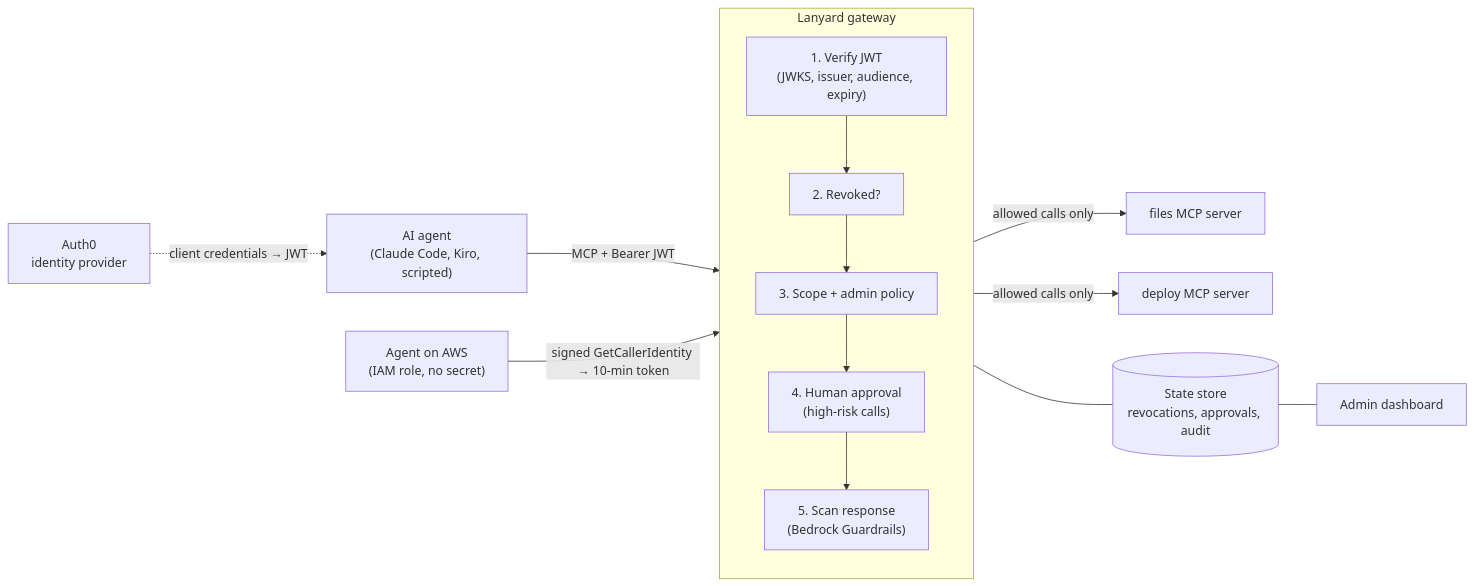
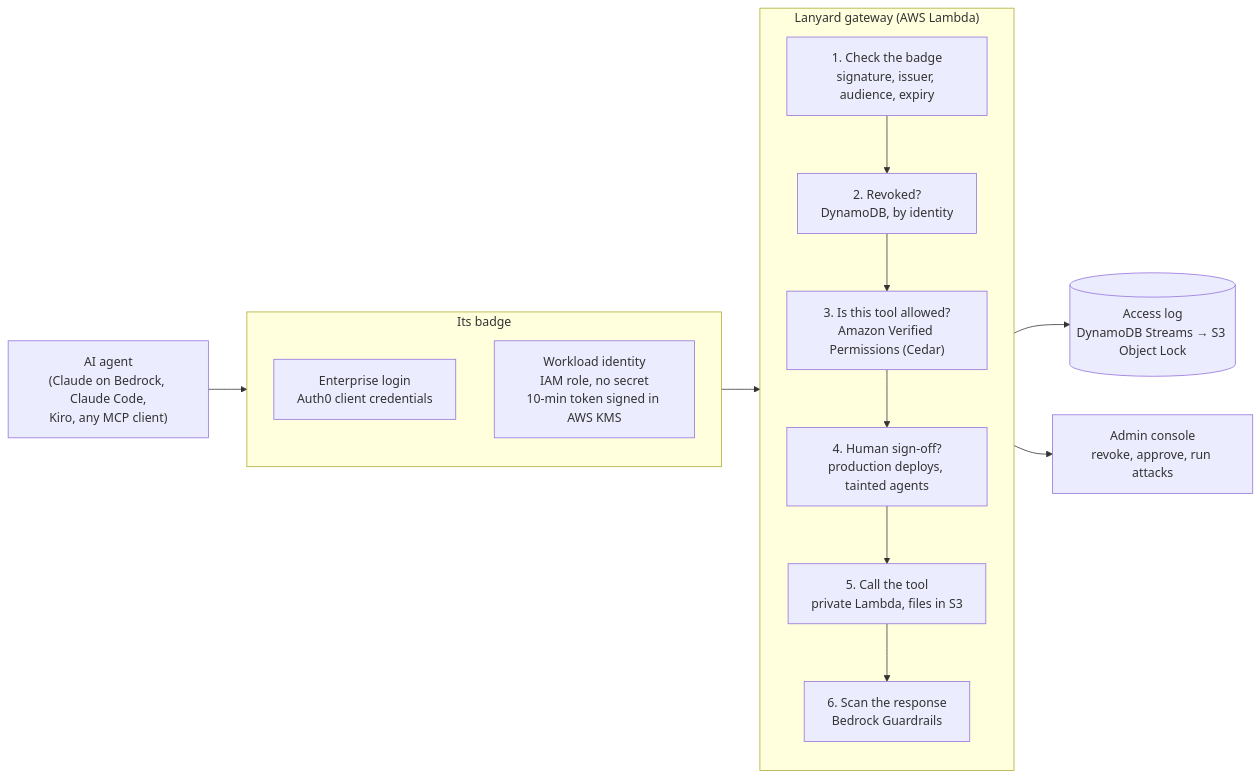
One commit to akrai37/Lanyard changed the first of 2 diagrams in README.md. Above: the diagram before and after it, drawn with Mermaid. The commit also changed other lines of this file and 6 other files, not shown here.

Commit message:
README: demo section, end-to-end flow, console screenshots, attack lab table, updated AWS diagram

````diff
--- a/README.md
+++ b/README.md
@@ -32,17 +39,20 @@
 ```mermaid
 flowchart LR
-    A["AI agent<br/>(Claude Code, Kiro, scripted)"] -- "MCP + Bearer JWT" --> G
-    I["Auth0<br/>identity provider"] -. "client credentials → JWT" .-> A
-    W["Agent on AWS<br/>(IAM role, no secret)"] -- "signed GetCallerIdentity → 10-min token" --> G
-    subgraph G["Lanyard gateway"]
+    A["AI agent<br/>(Claude on Bedrock, Claude Code,<br/>Kiro, any MCP client)"]
+    subgraph ID["Its badge"]
         direction TB
-        V["1. Verify JWT<br/>(JWKS, issuer, audience, expiry)"] --> R["2. Revoked?"]
-        R --> P["3. Scope + admin policy"]
-        P --> H["4. Human approval<br/>(high-risk calls)"]
-        H --> S["5. Scan response<br/>(Bedrock Guardrails)"]
+        I1["Enterprise login<br/>Auth0 client credentials"]
+        I2["Workload identity<br/>IAM role, no secret<br/>10-min token signed in AWS KMS"]
     end
-    G -- "allowed calls only" --> T1["files MCP server"]
-    G -- "allowed calls only" --> T2["deploy MCP server"]
-    G --- D[("State store<br/>revocations, approvals, audit")]
-    D --- UI["Admin dashboard"]
+    subgraph G["Lanyard gateway (AWS Lambda)"]
+        direction TB
+        S1["1. Check the badge<br/>signature, issuer, audience, expiry"] --> S2["2. Revoked?<br/>DynamoDB, by identity"]
+        S2 --> S3["3. Is this tool allowed?<br/>Amazon Verified Permissions (Cedar)"]
+        S3 --> S4["4. Human sign-off?<br/>production deploys, tainted agents"]
+        S4 --> S5["5. Call the tool<br/>private Lambda, files in S3"]
+        S5 --> S6["6. Scan the response<br/>Bedrock Guardrails"]
+    end
+    A --> ID --> G
+    G --> L[("Access log<br/>DynamoDB Streams → S3 Object Lock")]
+    G --> C["Admin console<br/>revoke, approve, run attacks"]
 ```
````
